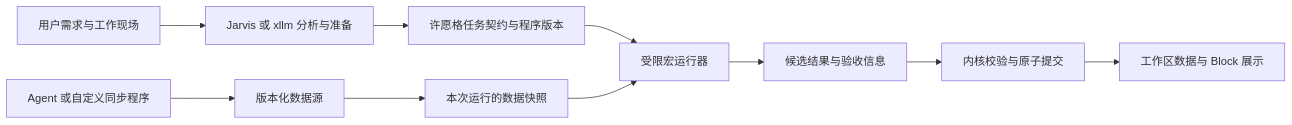
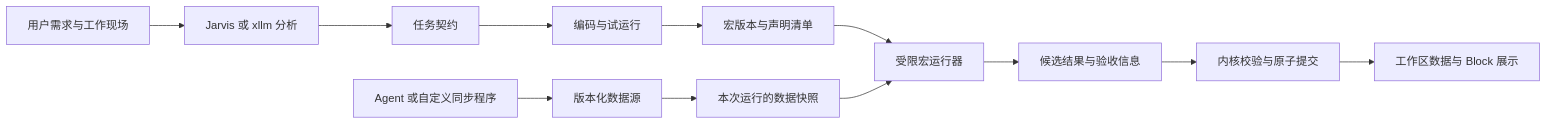
One commit to buckyos/buckyos changed the diagram in notepads/aiws-ai-native-kernel-upgrade-prd.md. Above: the diagram before and after it, drawn with Mermaid. The commit also changed other lines of this file and 98 other files, not shown here.

````diff
--- a/notepads/aiws-ai-native-kernel-upgrade-prd.md
+++ b/notepads/aiws-ai-native-kernel-upgrade-prd.md
@@ -91,12 +98,14 @@
 ```mermaid
 flowchart LR
-    U[用户需求与工作现场] --> A[Jarvis 或 xllm 分析与准备]
-    A --> W[许愿格任务契约与程序版本]
+    U[用户需求与工作现场] --> A[Jarvis 或 xllm 分析]
+    A --> T[任务契约]
+    T --> P[编码与试运行]
+    P --> W[宏版本与声明清单]
     C[Agent 或自定义同步程序] --> D[版本化数据源]
     D --> S[本次运行的数据快照]
     W --> M[受限宏运行器]
     S --> M
     M --> R[候选结果与验收信息]
     R --> K[内核校验与原子提交]
     K --> B[工作区数据与 Block 展示]
 ```
````
